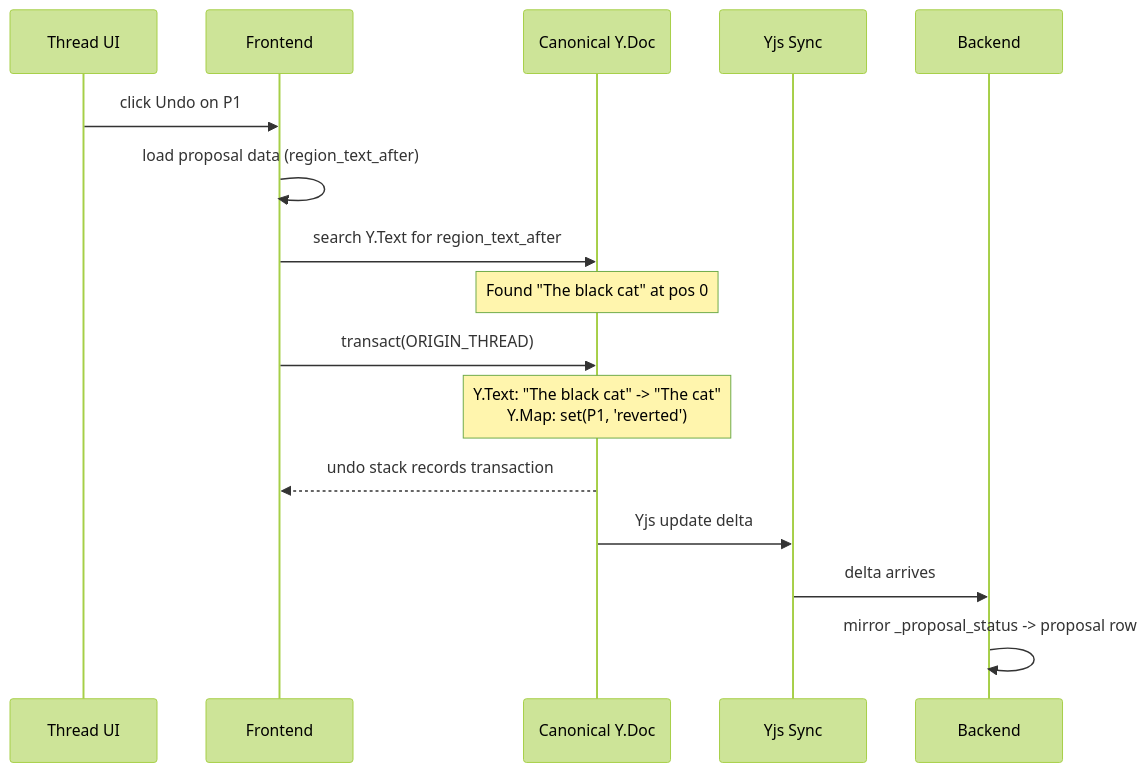
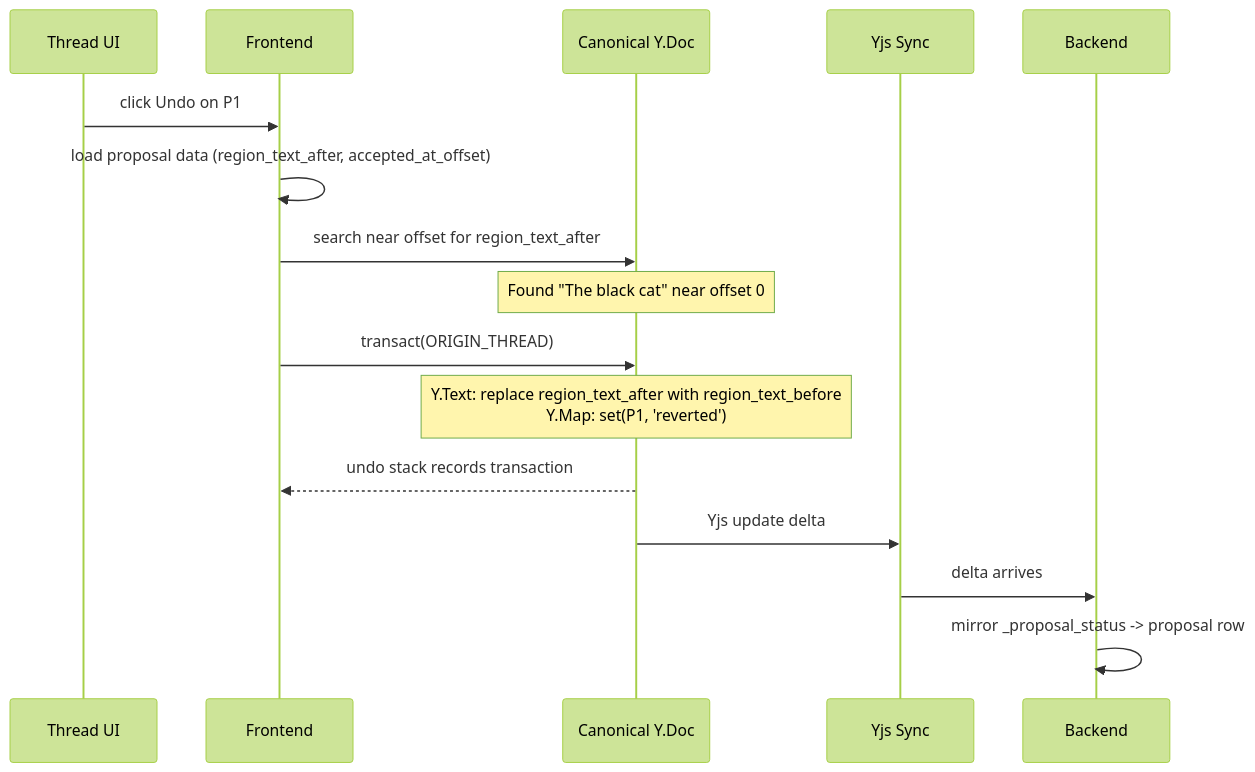
The diagram in .meridian/work/collab-data-model-v2/spec/undo.md (haowjy/meridian-flow), drawn with Mermaid (forest theme) before and after one commit. The commit also changed other lines of this file and 8 other files, not shown here.

````diff
--- a/.meridian/work/collab-data-model-v2/spec/undo.md
+++ b/.meridian/work/collab-data-model-v2/spec/undo.md
@@ -106,19 +106,19 @@
 ```mermaid
 sequenceDiagram
     participant UI as Thread UI
     participant FE as Frontend
     participant YDoc as Canonical Y.Doc
     participant Sync as Yjs Sync
     participant BE as Backend
 
     UI->>FE: click Undo on P1
-    FE->>FE: load proposal data (region_text_after)
-    FE->>YDoc: search Y.Text for region_text_after
-    Note over YDoc: Found "The black cat" at pos 0
+    FE->>FE: load proposal data (region_text_after, accepted_at_offset)
+    FE->>YDoc: search near offset for region_text_after
+    Note over YDoc: Found "The black cat" near offset 0
     FE->>YDoc: transact(ORIGIN_THREAD)
-    Note over YDoc: Y.Text: "The black cat" -> "The cat"<br/>Y.Map: set(P1, 'reverted')
+    Note over YDoc: Y.Text: replace region_text_after with region_text_before<br/>Y.Map: set(P1, 'reverted')
     YDoc-->>FE: undo stack records transaction
     YDoc->>Sync: Yjs update delta
     Sync->>BE: delta arrives
     BE->>BE: mirror _proposal_status -> proposal row
 ```
````
